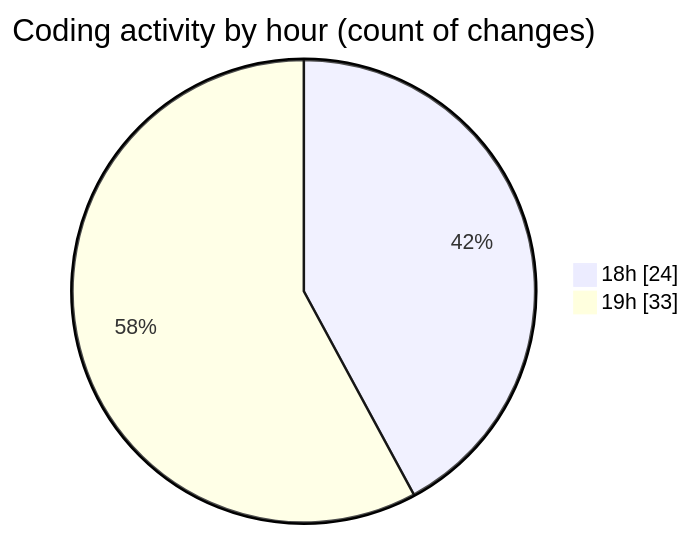
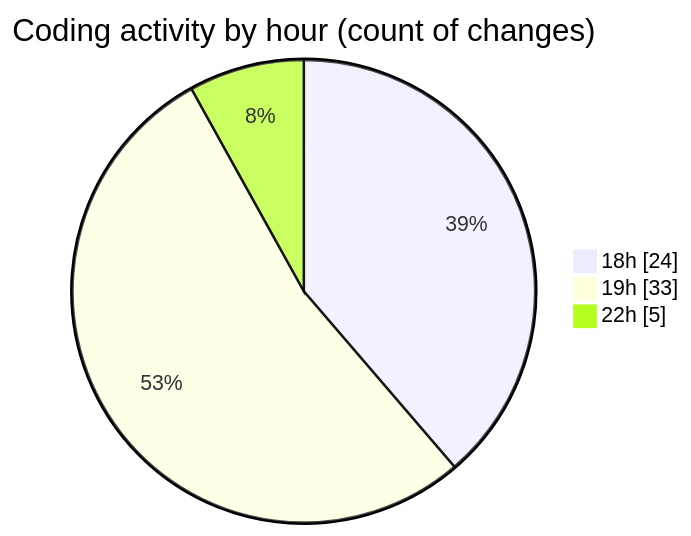
The second of 2 diagrams in 2025-04-21/echo/README.md (Netris89/code-tracking), drawn with Mermaid before and after one commit. The commit also changed other lines of this file and 1 other file, not shown here.

````diff
--- a/2025-04-21/echo/README.md
+++ b/2025-04-21/echo/README.md
@@ -36,6 +36,7 @@
 ```mermaid
 pie showData
 title Coding activity by hour (count of changes)
 "18h" : 24
 "19h" : 33
+"22h" : 5
 ```
````
